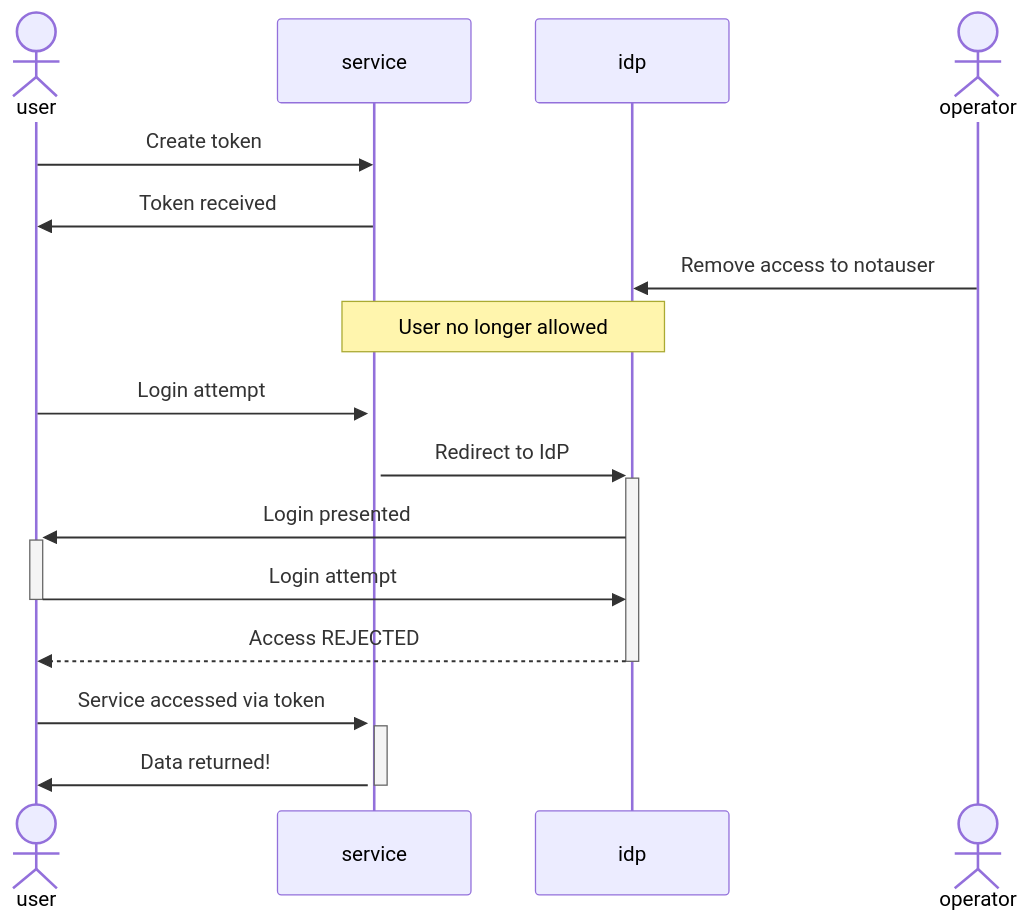
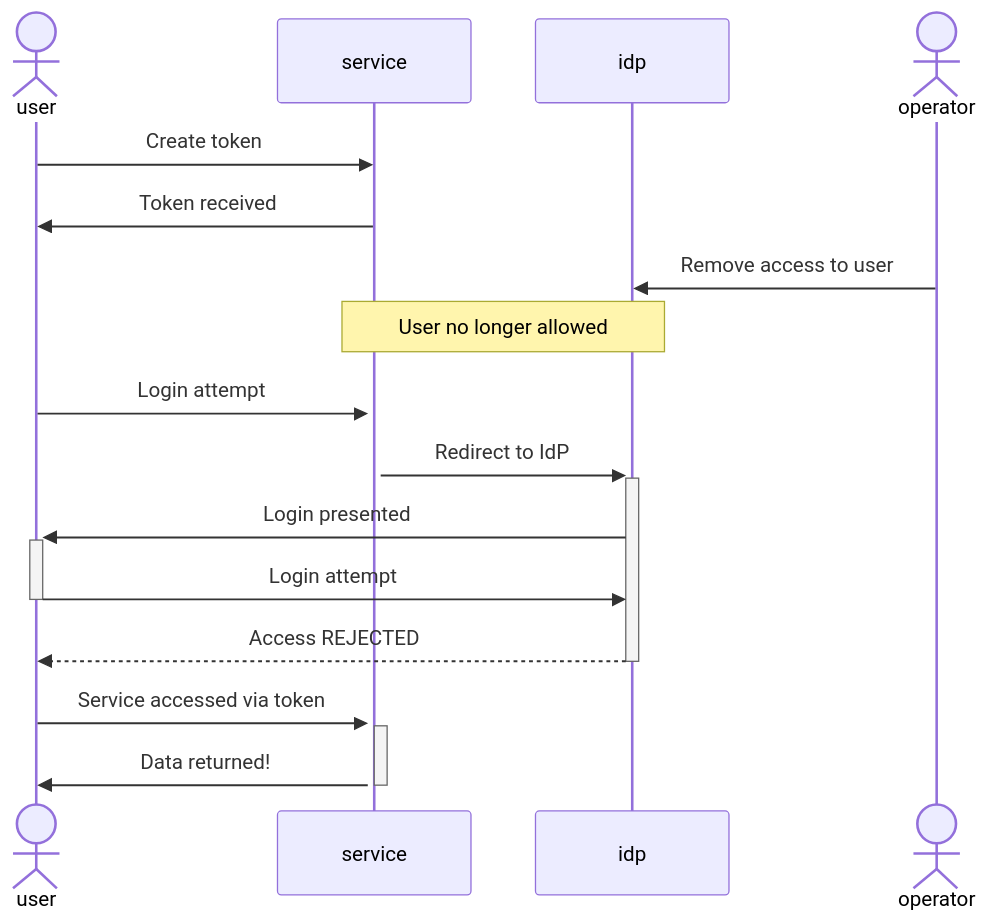
One commit to kubilus1/blog changed the third of 3 diagrams in blog/posts/2023-08-30-JIT-hole.md. Above: the diagram before and after it, drawn with Mermaid.

Commit message:
Diagram tweak

````diff
--- a/blog/posts/2023-08-30-JIT-hole.md
+++ b/blog/posts/2023-08-30-JIT-hole.md
@@ -134,18 +134,18 @@
 ```mermaid
 sequenceDiagram
     actor user
     participant service
     participant idp
     actor operator
     user->>service: Create token
     service->>user: Token received
-    operator->>idp: Remove access to notauser
+    operator->>idp: Remove access to user
     Note over service,idp: User no longer allowed
     user->>+service: Login attempt
     service->>+idp: Redirect to IdP
     idp->>+user: Login presented
     user->>-idp: Login attempt 
     idp-->>-user: Access REJECTED
     user->>+service: Service accessed via token
     service->>-user: Data returned!
 ```
````
